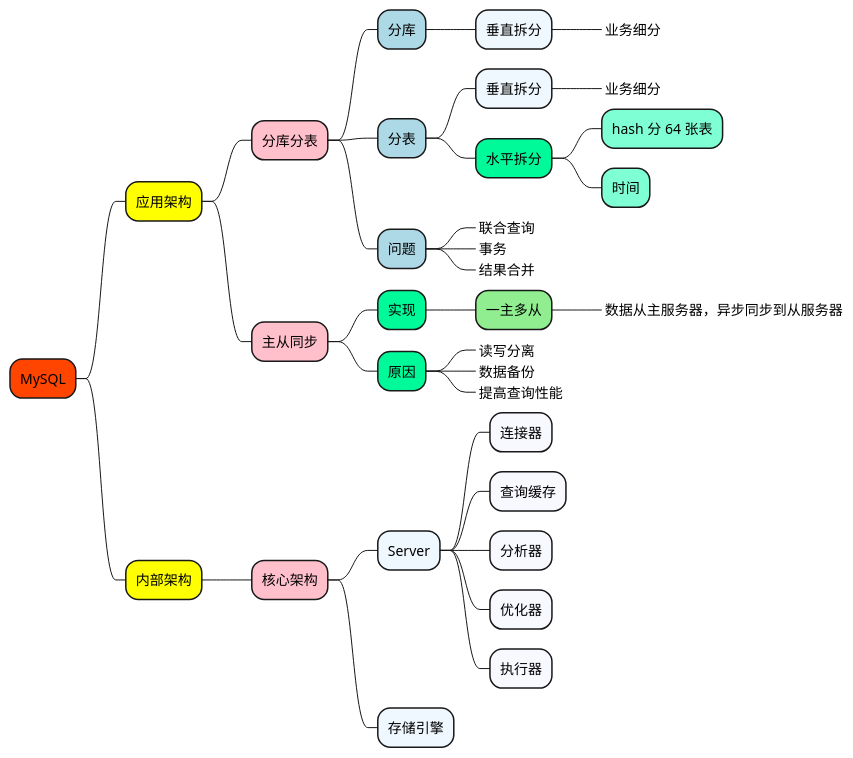
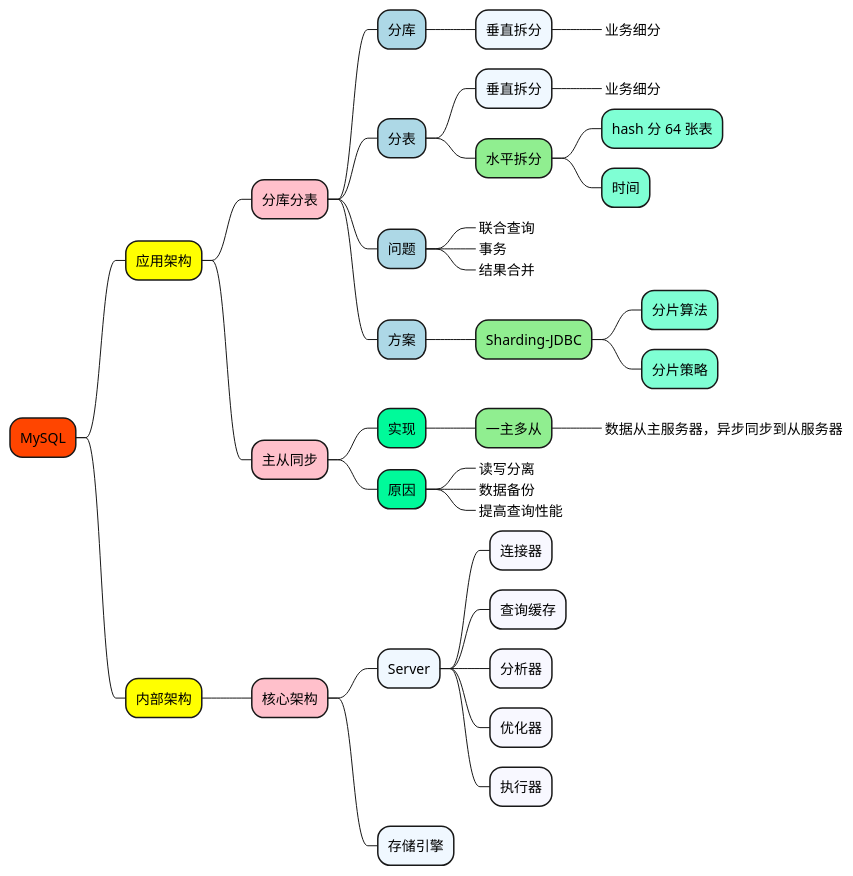
One commit to doveg/self-cultivation-of-a-software-engineer changed the diagram in 1_map/database/MySQL-架构.puml. Above: the diagram before and after it, drawn with PlantUML. The commit also changed 7 other files, not shown here.

```diff
--- a/1_map/database/MySQL-架构.puml
+++ b/1_map/database/MySQL-架构.puml
@@ -1,47 +1,52 @@
 @startmindmap
 
 +[#OrangeRed] MySQL
 
 ++[#yellow] 应用架构
 
 +++[#Pink] 分库分表
 ++++[#LightBlue] 分库
 +++++[#AliceBlue] 垂直拆分
 ++++++[#Aquamarine]_ 业务细分
 
 ++++[#LightBlue] 分表
 +++++[#AliceBlue] 垂直拆分
 ++++++[#Aquamarine]_ 业务细分
 
-+++++[#MediumSpringGreen] 水平拆分
++++++[#LightGreen] 水平拆分
 ++++++[#Aquamarine] hash 分 64 张表
 ++++++[#Aquamarine] 时间
 
 ++++[#LightBlue] 问题
 +++++[#AliceBlue]_ 联合查询
 +++++[#AliceBlue]_ 事务
 +++++[#AliceBlue]_ 结果合并
+
+++++[#LightBlue] 方案
++++++[#LightGreen] Sharding-JDBC
+++++++[#Aquamarine] 分片算法
+++++++[#Aquamarine] 分片策略
 
 +++[#Pink] 主从同步
 ++++[#MediumSpringGreen] 实现
 +++++[#LightGreen] 一主多从
 ++++++[#LightGreen]_ 数据从主服务器，异步同步到从服务器
 ++++[#MediumSpringGreen] 原因
 +++++[#GhostWhite]_ 读写分离
 +++++[#GhostWhite]_ 数据备份
 +++++[#GhostWhite]_ 提高查询性能
 
 
 ++[#yellow] 内部架构
 
 +++[#Pink] 核心架构
 ++++[#AliceBlue] Server
 +++++[#GhostWhite] 连接器
 +++++[#GhostWhite] 查询缓存
 +++++[#GhostWhite] 分析器
 +++++[#GhostWhite] 优化器
 +++++[#GhostWhite] 执行器
 ++++[#AliceBlue] 存储引擎
 
 
 @endmindmap
```
